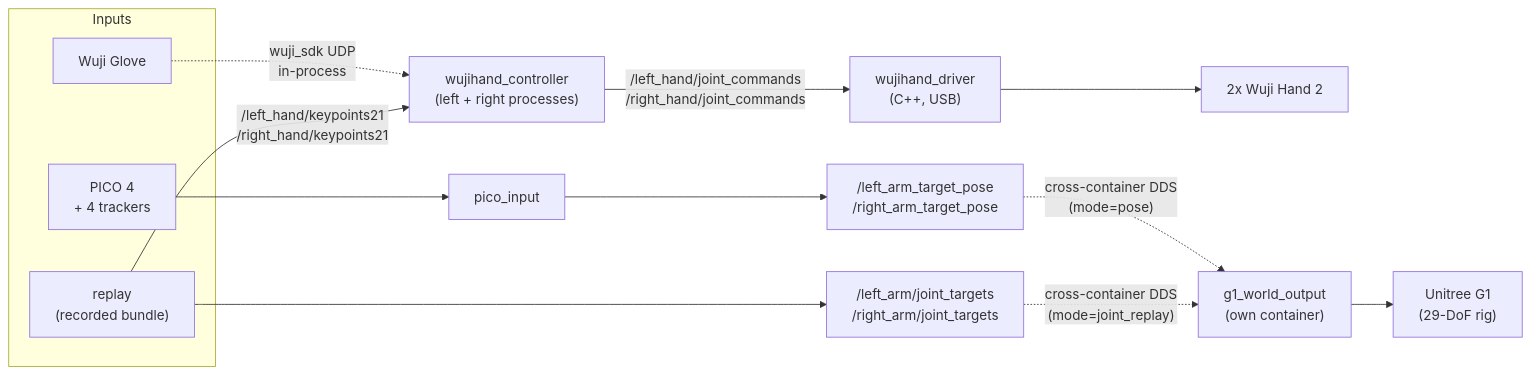
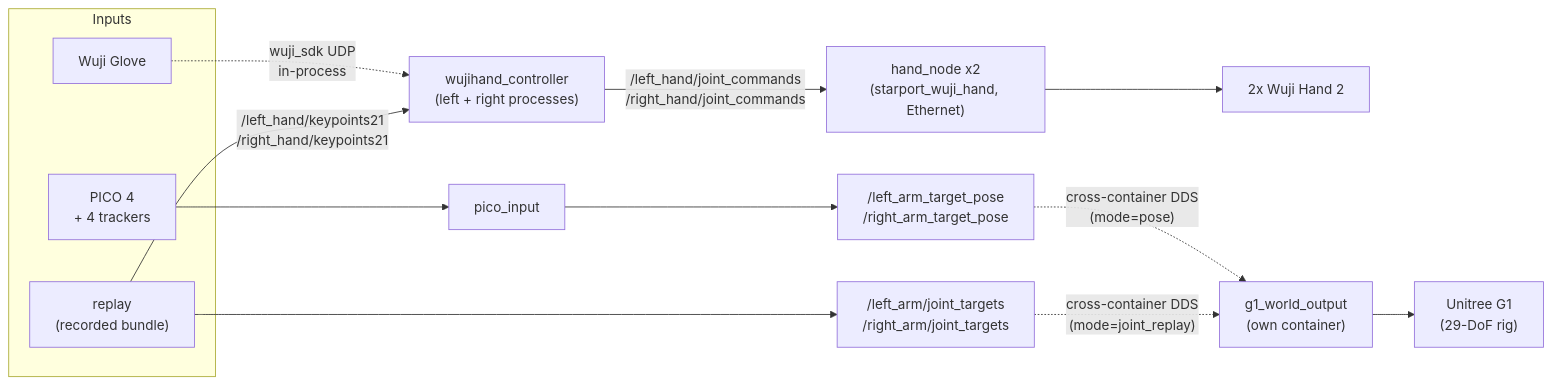
The first of 3 diagrams in docs/architecture.md (MSC-Wuji-Teleop/wuji-hand-teleop), drawn with Mermaid before and after one commit. The commit also changed other lines of this file and 6 other files, not shown here.

First line of the commit message:
Documentation: hand driver is the Ethernet starport_wuji_hand node

````diff
--- a/docs/architecture.md
+++ b/docs/architecture.md
@@ -30,22 +30,22 @@
 ```mermaid
 graph LR
     subgraph Inputs
         WG["Wuji Glove"]
         PICO["PICO 4<br/>+ 4 trackers"]
         SOT["replay<br/>(recorded bundle)"]
     end
 
     WG -. "wuji_sdk UDP<br/>in-process" .-> HC["wujihand_controller<br/>(left + right processes)"]
     PICO --> PI["pico_input"]
 
     PI --> TP["/left_arm_target_pose<br/>/right_arm_target_pose"]
     SOT --> JT["/left_arm/joint_targets<br/>/right_arm/joint_targets"]
     SOT -- "/left_hand/keypoints21<br/>/right_hand/keypoints21" --> HC
 
-    HC -- "/left_hand/joint_commands<br/>/right_hand/joint_commands" --> DRV["wujihand_driver<br/>(C++, USB)"]
+    HC -- "/left_hand/joint_commands<br/>/right_hand/joint_commands" --> DRV["hand_node x2<br/>(starport_wuji_hand, Ethernet)"]
     DRV --> HAND["2x Wuji Hand 2"]
 
     TP -.->|"cross-container DDS<br/>(mode=pose)"| G1O["g1_world_output<br/>(own container)"]
     JT -.->|"cross-container DDS<br/>(mode=joint_replay)"| G1O
     G1O --> G1["Unitree G1<br/>(29-DoF rig)"]
 ```
````
